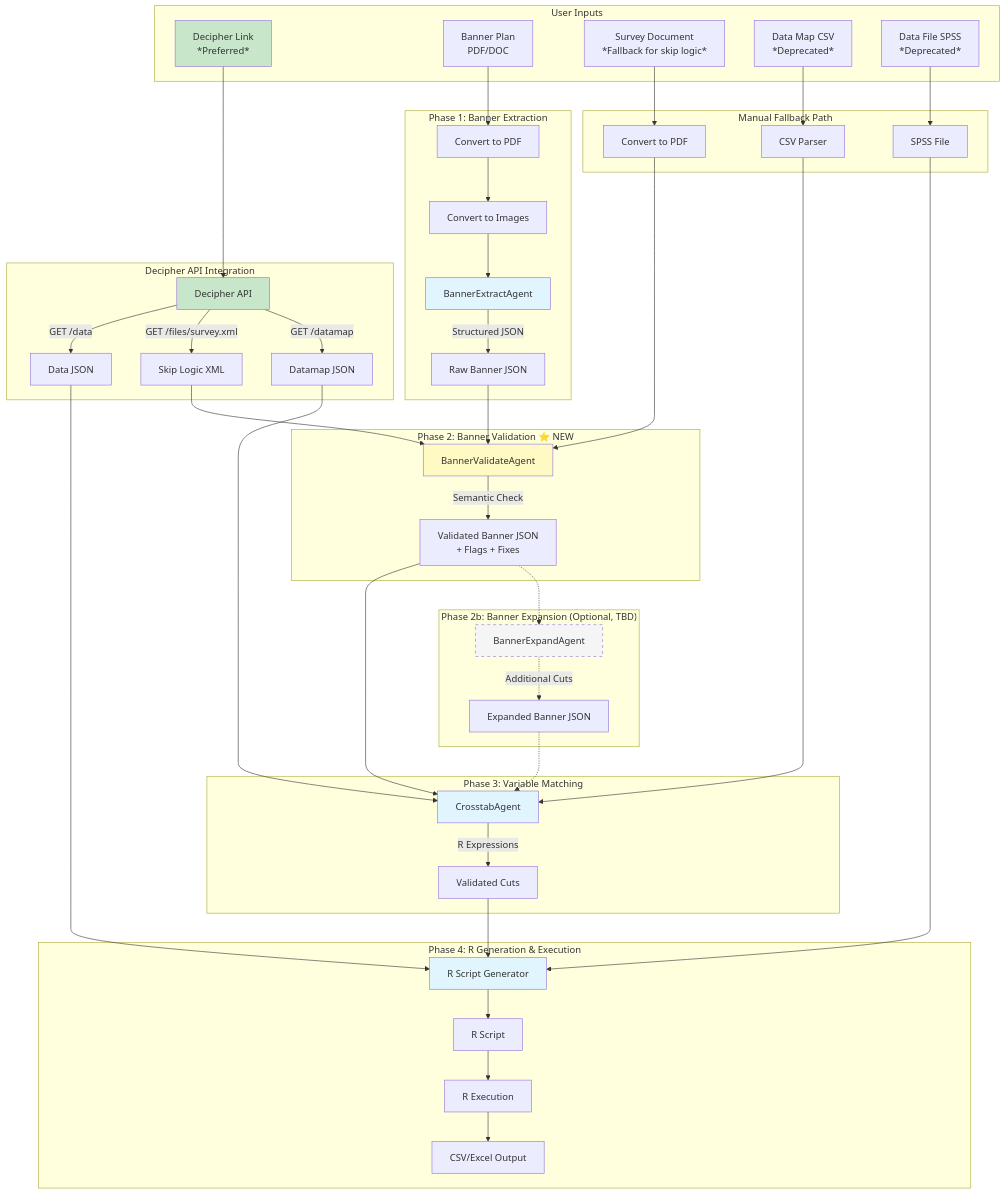
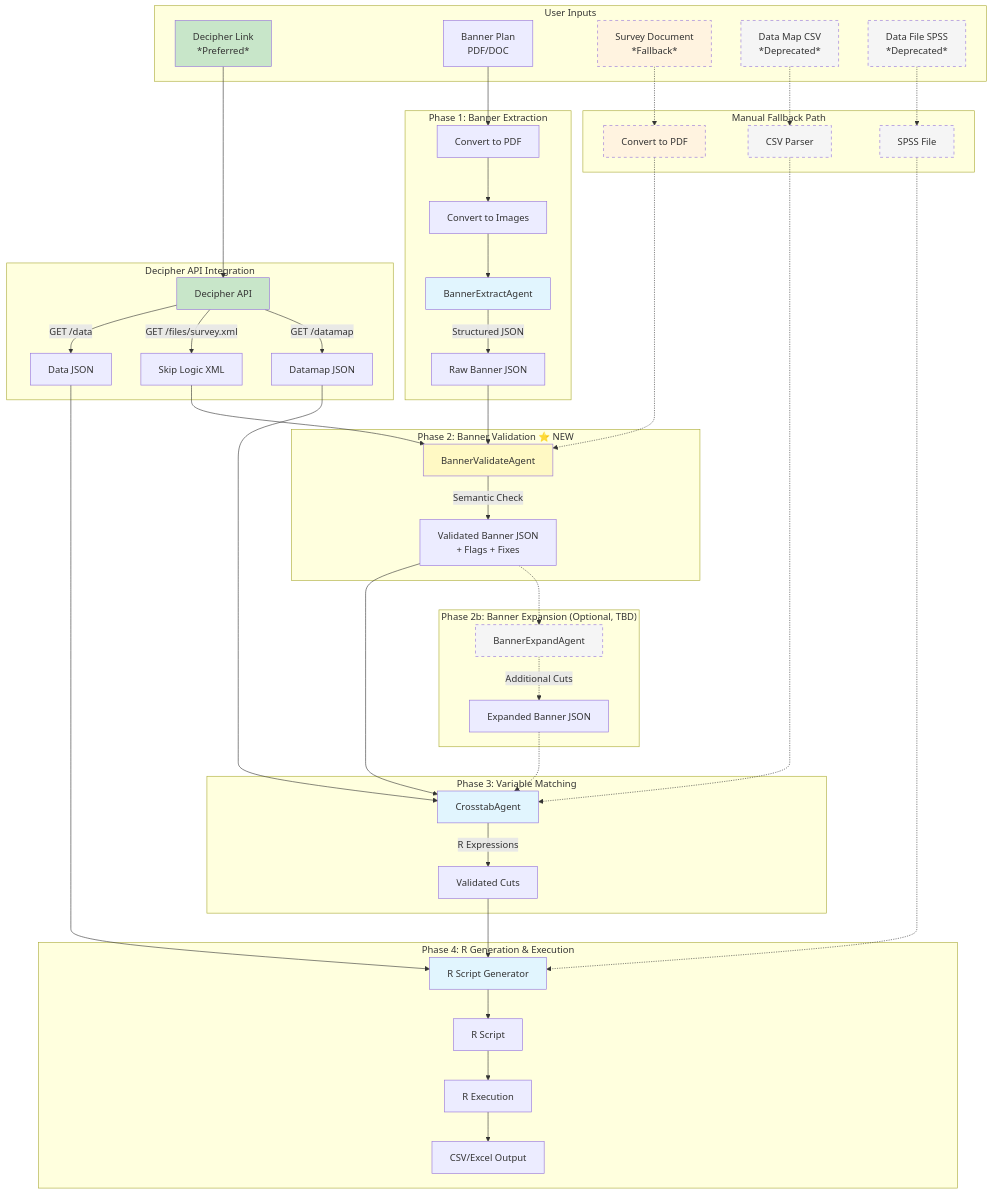
One commit to HawkPartners/hawktab-ai changed the second of 3 diagrams in docs/architecture/agent-flow-overview.md. Above: the diagram before and after it, drawn with Mermaid. The commit also changed other lines of this file, not shown here.

Commit message:
agent flow updated

````diff
--- a/docs/architecture/agent-flow-overview.md
+++ b/docs/architecture/agent-flow-overview.md
@@ -134,67 +102,73 @@
 ```mermaid
 flowchart TD
     subgraph inputs["User Inputs"]
         LINK[Decipher Link<br/>*Preferred*]
         BP[Banner Plan<br/>PDF/DOC]
-        SURVEY[Survey Document<br/>*Fallback for skip logic*]
+        SURVEY[Survey Document<br/>*Fallback*]
         DM[Data Map CSV<br/>*Deprecated*]
         DF[Data File SPSS<br/>*Deprecated*]
     end
 
     subgraph api["Decipher API Integration"]
         LINK --> DAPI[Decipher API]
         DAPI --> |"GET /datamap"| DMJSON[Datamap JSON]
         DAPI --> |"GET /files/survey.xml"| SXML[Skip Logic XML]
         DAPI --> |"GET /data"| DJSON[Data JSON]
     end
 
     subgraph fallback["Manual Fallback Path"]
-        DM --> CSVPARSE[CSV Parser]
-        SURVEY --> SURVEYPDF[Convert to PDF]
-        DF --> SPSS[SPSS File]
+        DM -.-> CSVPARSE[CSV Parser]
+        SURVEY -.-> SURVEYPDF[Convert to PDF]
+        DF -.-> SPSS[SPSS File]
     end
 
     subgraph phase1["Phase 1: Banner Extraction"]
         BP --> BPPDF[Convert to PDF]
         BPPDF --> BPIMG[Convert to Images]
         BPIMG --> BEA[BannerExtractAgent]
         BEA --> |"Structured JSON"| RAWBANNER[Raw Banner JSON]
     end
 
     subgraph phase2["Phase 2: Banner Validation ⭐ NEW"]
         RAWBANNER --> BVA[BannerValidateAgent]
         SXML --> BVA
-        SURVEYPDF --> BVA
+        SURVEYPDF -.-> BVA
         BVA --> |"Semantic Check"| VALIDATED[Validated Banner JSON<br/>+ Flags + Fixes]
     end
 
     subgraph phase2b["Phase 2b: Banner Expansion (Optional, TBD)"]
         VALIDATED -.-> BXA[BannerExpandAgent]
         BXA -.-> |"Additional Cuts"| EXPANDED[Expanded Banner JSON]
     end
 
     subgraph phase3["Phase 3: Variable Matching"]
         VALIDATED --> CTA[CrosstabAgent]
         EXPANDED -.-> CTA
         DMJSON --> CTA
-        CSVPARSE --> CTA
+        CSVPARSE -.-> CTA
         CTA --> |"R Expressions"| VCUTS[Validated Cuts]
     end
 
     subgraph phase4["Phase 4: R Generation & Execution"]
         VCUTS --> RSG[R Script Generator]
         DJSON --> RSG
-        SPSS --> RSG
+        SPSS -.-> RSG
         RSG --> RSCRIPT[R Script]
         RSCRIPT --> EXEC[R Execution]
         EXEC --> OUTPUT[CSV/Excel Output]
     end
 
     style BEA fill:#e1f5fe
     style BVA fill:#fff9c4
     style BXA fill:#f5f5f5,stroke-dasharray: 5 5
     style CTA fill:#e1f5fe
     style RSG fill:#e1f5fe
     style LINK fill:#c8e6c9
     style DAPI fill:#c8e6c9
+    style DM fill:#f5f5f5,stroke-dasharray: 5 5
+    style DF fill:#f5f5f5,stroke-dasharray: 5 5
+    style SURVEY fill:#fff3e0,stroke-dasharray: 5 5
+    style CSVPARSE fill:#f5f5f5,stroke-dasharray: 5 5
+    style SPSS fill:#f5f5f5,stroke-dasharray: 5 5
+    style SURVEYPDF fill:#fff3e0,stroke-dasharray: 5 5
 ```
````
